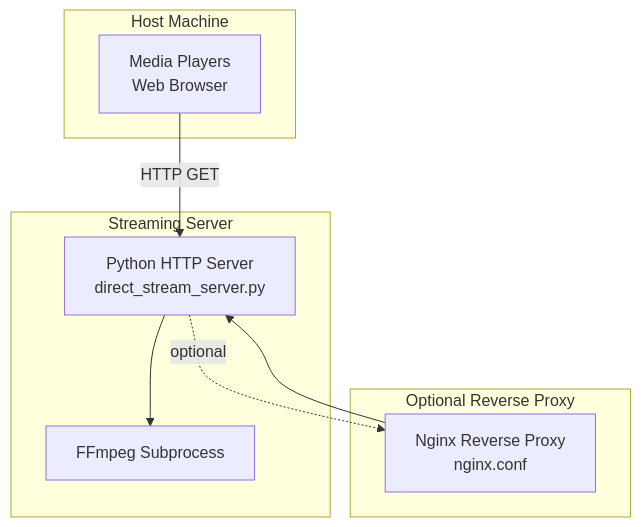
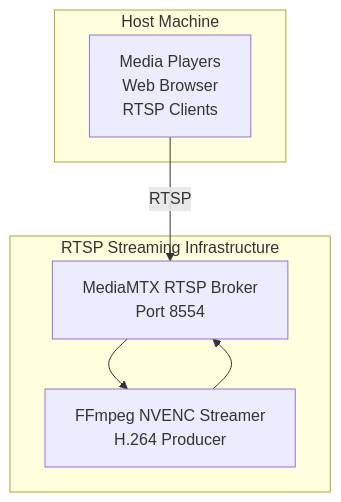
Before and after one commit to Fogus-Gr/MeasurementsDTs: the first of 3 diagrams in .qoder/repowiki/en/content/Deployment Infrastructure/HTTP Streaming Server.md, drawn with Mermaid. The commit also changed other lines of this file and 12 other files, not shown here.

````diff
--- a/.qoder/repowiki/en/content/Deployment Infrastructure/HTTP Streaming Server.md
+++ b/.qoder/repowiki/en/content/Deployment Infrastructure/HTTP Streaming Server.md
@@ -43,17 +49,13 @@
 ```mermaid
 graph TB
 subgraph "Host Machine"
-Client["Media Players<br/>Web Browser"]
+Client["Media Players<br/>Web Browser<br/>RTSP Clients"]
 end
-subgraph "Streaming Server"
-HTTP["Python HTTP Server<br/>direct_stream_server.py"]
-FF["FFmpeg Subprocess"]
+subgraph "RTSP Streaming Infrastructure"
+Broker["MediaMTX RTSP Broker<br/>Port 8554"]
+Streamer["FFmpeg NVENC Streamer<br/>H.264 Producer"]
 end
-subgraph "Optional Reverse Proxy"
-NGINX["Nginx Reverse Proxy<br/>nginx.conf"]
-end
-Client --> |HTTP GET| HTTP
-HTTP --> FF
-HTTP -. optional .-> NGINX
-NGINX --> HTTP
+Client --> |RTSP| Broker
+Broker --> Streamer
+Streamer --> Broker
 ```
````
